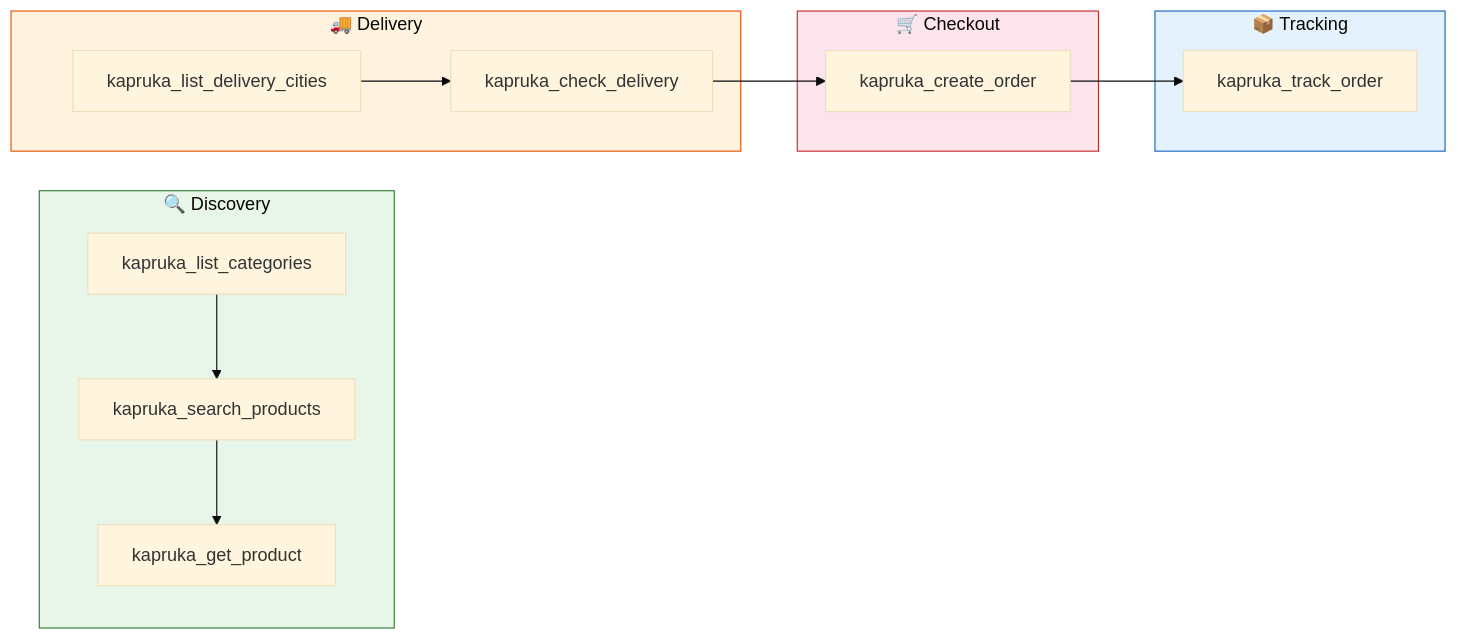
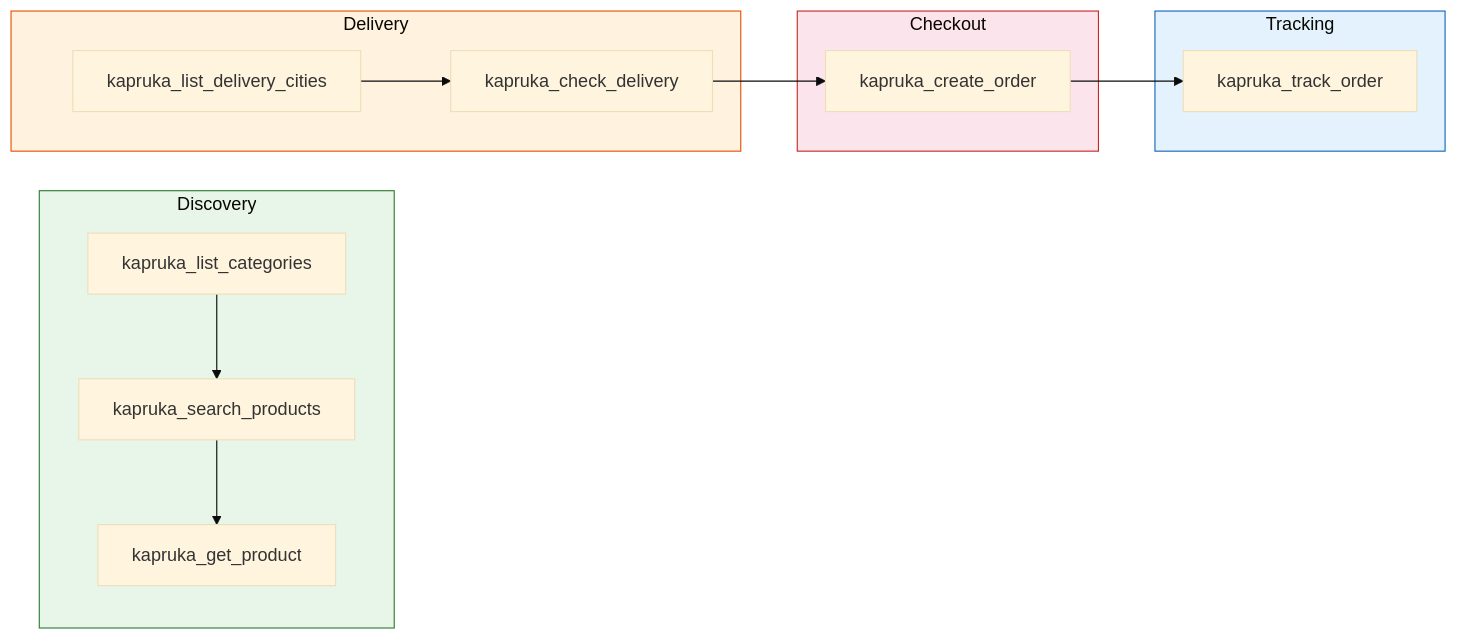
One commit to LasaKaru/kapri changed the first of 8 diagrams in README.md. Above: the diagram before and after it, drawn with Mermaid (base theme). The commit also changed other lines of this file, not shown here.

First line of the commit message:
docs: make all README mermaid diagrams GitHub-renderable

````diff
--- a/README.md
+++ b/README.md
@@ -50,32 +50,32 @@
 ```mermaid
 graph LR
-    subgraph Discovery ["🔍 Discovery"]
+    subgraph Discovery ["Discovery"]
         T1["kapruka_search_products"]
         T2["kapruka_get_product"]
         T3["kapruka_list_categories"]
     end
 
-    subgraph Delivery ["🚚 Delivery"]
+    subgraph Delivery ["Delivery"]
         T4["kapruka_list_delivery_cities"]
         T5["kapruka_check_delivery"]
     end
 
-    subgraph Checkout ["🛒 Checkout"]
+    subgraph Checkout ["Checkout"]
         T6["kapruka_create_order"]
     end
 
-    subgraph Tracking ["📦 Tracking"]
+    subgraph Tracking ["Tracking"]
         T7["kapruka_track_order"]
     end
 
     T1 --> T2
     T3 --> T1
     T4 --> T5
     T5 --> T6
     T6 --> T7
 
     style Discovery fill:#e8f5e9,stroke:#2e7d32
     style Delivery fill:#fff3e0,stroke:#e65100
     style Checkout fill:#fce4ec,stroke:#c62828
     style Tracking fill:#e3f2fd,stroke:#1565c0
 ```
````
